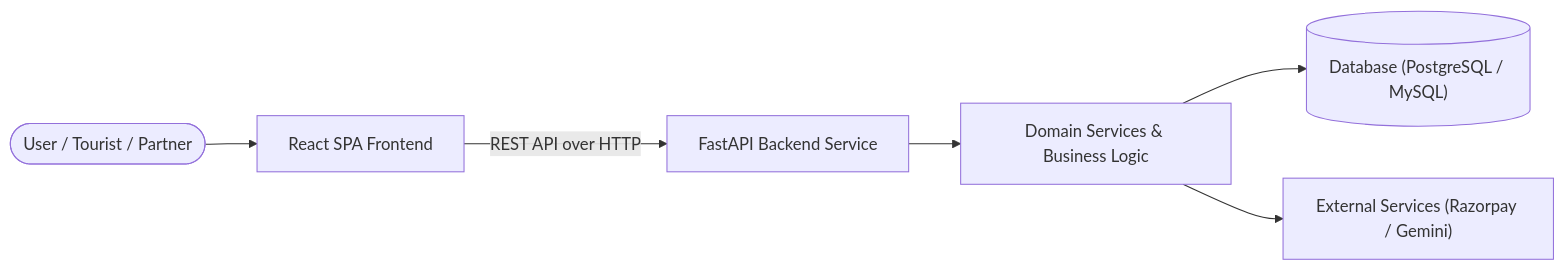
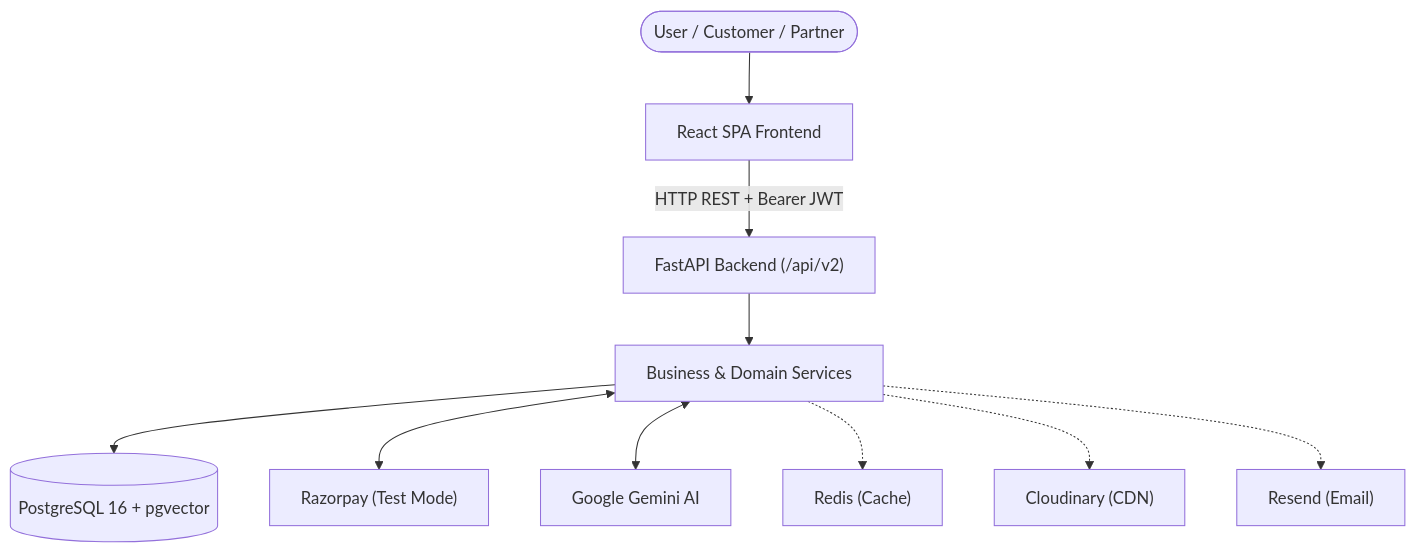
The diagram in README.md (priyanshu130018/Namma-Connect), drawn with Mermaid before and after one commit. The commit also changed other lines of this file, not shown here.

````diff
--- a/README.md
+++ b/README.md
@@ -34,8 +53,13 @@
 ```mermaid
-flowchart LR
-    User([User / Tourist / Partner]) --> Frontend["React SPA Frontend"]
-    Frontend -->|REST API over HTTP| Backend["FastAPI Backend Service"]
-    Backend --> Logic["Domain Services & Business Logic"]
-    Logic --> Database[("Database (PostgreSQL / MySQL)")]
-    Logic --> External["External Services (Razorpay / Gemini)"]
+flowchart TD
+    User([User / Customer / Partner]) --> Frontend["React SPA Frontend"]
+    Frontend -->|HTTP REST + Bearer JWT| API["FastAPI Backend (/api/v2)"]
+    API --> Services["Business & Domain Services"]
+    Services --> DB[("PostgreSQL 16 + pgvector")]
+
+    Services <--> Razorpay["Razorpay (Test Mode)"]
+    Services <--> Gemini["Google Gemini AI"]
+    Services -.-> Redis["Redis (Cache)"]
+    Services -.-> Cloudinary["Cloudinary (CDN)"]
+    Services -.-> Resend["Resend (Email)"]
 ```
````
